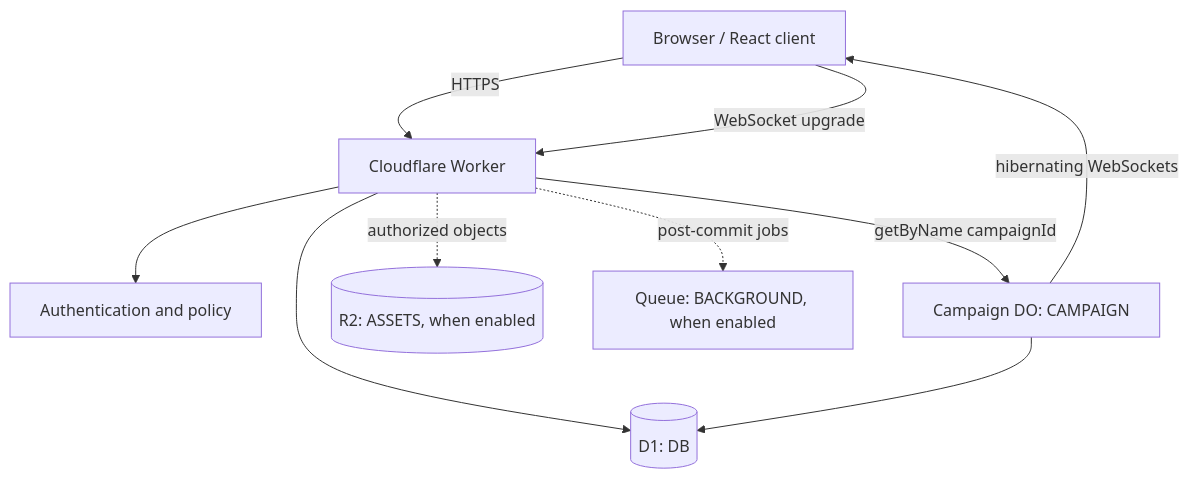
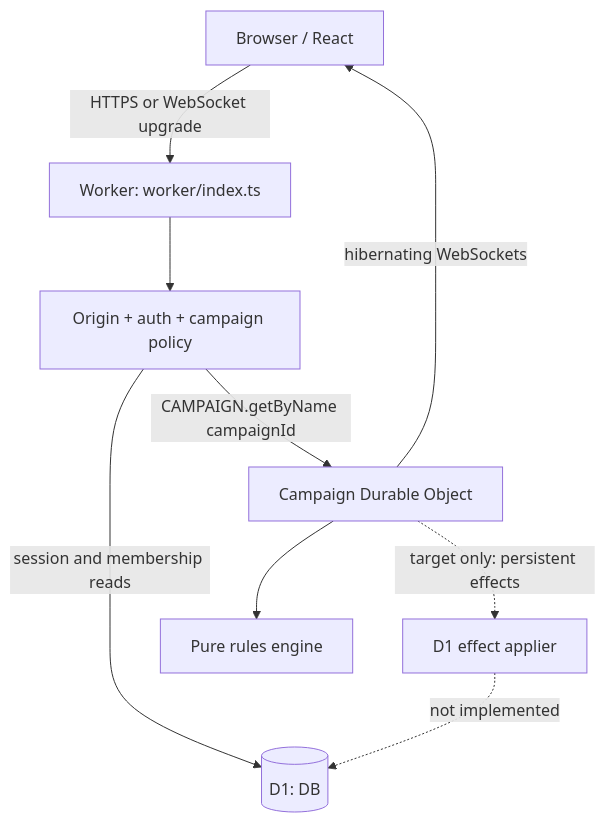
One commit to jbwod/Corinths-Plight changed the diagram in docs/CLOUDFLARE.md. Above: the diagram before and after it, drawn with Mermaid. The commit also changed other lines of this file and 10 other files, not shown here.

````diff
--- a/docs/CLOUDFLARE.md
+++ b/docs/CLOUDFLARE.md
@@ -23,12 +19,11 @@
 ```mermaid
 flowchart TD
-    Client["Browser / React client"] -->|HTTPS| Entry["Cloudflare Worker"]
-    Client -->|WebSocket upgrade| Entry
-    Entry --> Auth["Authentication and policy"]
-    Entry --> DB[("D1: DB")]
-    Entry -->|getByName campaignId| DO["Campaign DO: CAMPAIGN"]
-    DO --> DB
+    Client["Browser / React"] -->|HTTPS or WebSocket upgrade| Entry["Worker: worker/index.ts"]
+    Entry --> Policy["Origin + auth + campaign policy"]
+    Policy -->|session and membership reads| DB[("D1: DB")]
+    Policy -->|CAMPAIGN.getByName campaignId| DO["Campaign Durable Object"]
+    DO --> Engine["Pure rules engine"]
     DO -->|hibernating WebSockets| Client
-    Entry -. authorized objects .-> Assets[("R2: ASSETS, when enabled")]
-    Entry -. post-commit jobs .-> Async["Queue: BACKGROUND, when enabled"]
+    DO -. "target only: persistent effects" .-> Applier["D1 effect applier"]
+    Applier -. "not implemented" .-> DB
 ```
````
